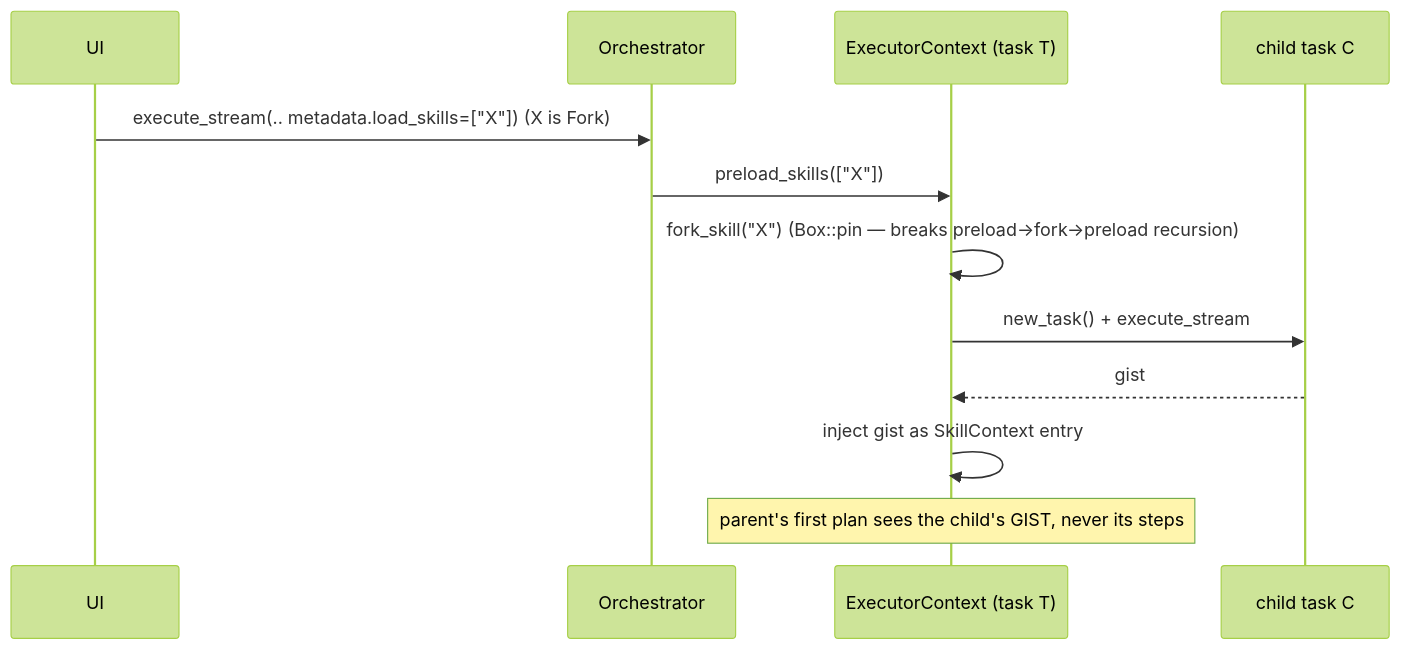
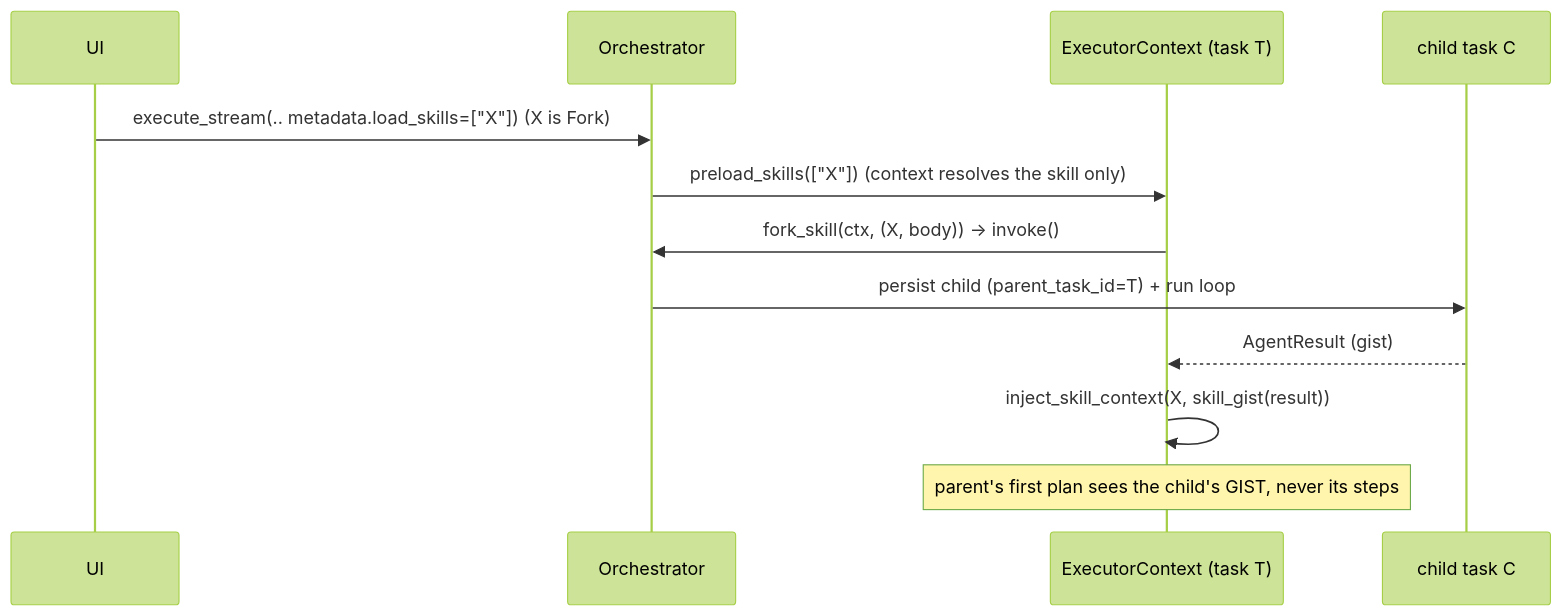
One commit to distrihub/distri changed the fifth of 5 diagrams in docs/execution_flow.md. Above: the diagram before and after it, drawn with Mermaid (forest theme). The commit also changed other lines of this file and 8 other files, not shown here.

````diff
--- a/docs/execution_flow.md
+++ b/docs/execution_flow.md
@@ -210,14 +215,14 @@
 ```mermaid
 sequenceDiagram
     participant UI
     participant Orch as Orchestrator
     participant Ctx as ExecutorContext (task T)
     participant Child as child task C
     UI->>Orch: execute_stream(.. metadata.load_skills=["X"])  (X is Fork)
-    Orch->>Ctx: preload_skills(["X"])
-    Ctx->>Ctx: fork_skill("X")  (Box::pin — breaks preload→fork→preload recursion)
-    Ctx->>Child: new_task() + execute_stream
-    Child-->>Ctx: gist
-    Ctx->>Ctx: inject gist as SkillContext entry
+    Orch->>Ctx: preload_skills(["X"])  (context resolves the skill only)
+    Ctx->>Orch: fork_skill(ctx, (X, body)) → invoke()
+    Orch->>Child: persist child (parent_task_id=T) + run loop
+    Child-->>Ctx: AgentResult (gist)
+    Ctx->>Ctx: inject_skill_context(X, skill_gist(result))
     Note over Ctx: parent's first plan sees the child's GIST, never its steps
 ```
````
